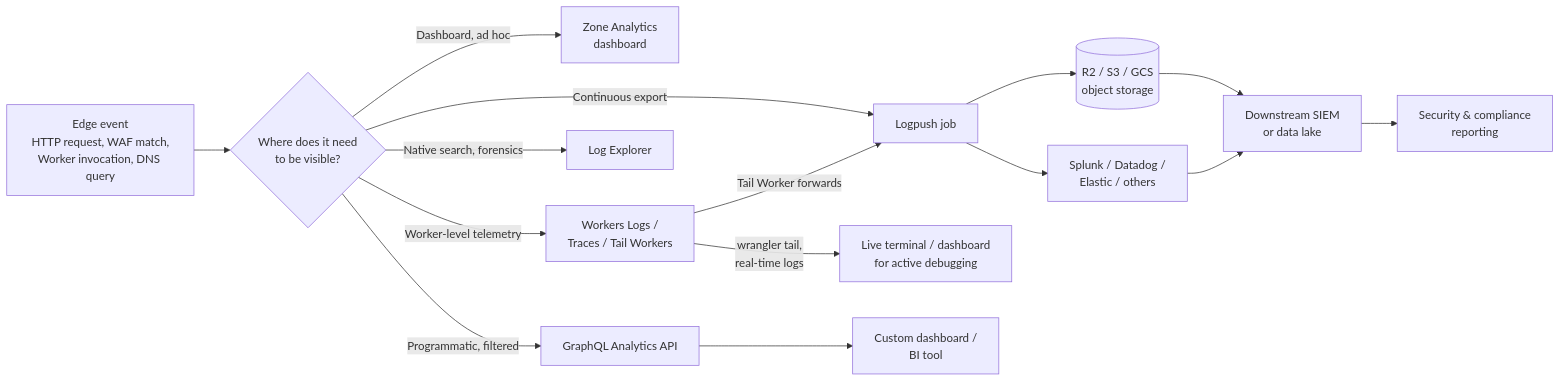
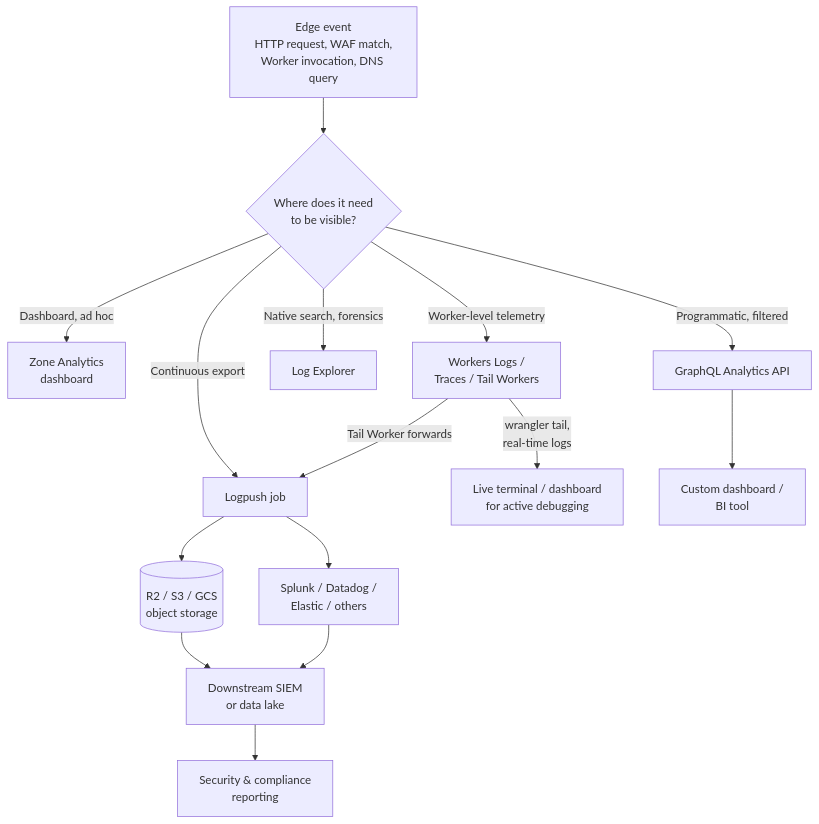
One commit to kevinevans1/cloudflare-adoption-framework changed the diagram in docs/manage/observability.md. Above: the diagram before and after it, drawn with Mermaid.

Commit message:
Switch widest diagrams (14/11/8-edge horizontal chains) to vertical layout to prevent clipping in GitHub's blob-view diagram widget

````diff
--- a/docs/manage/observability.md
+++ b/docs/manage/observability.md
@@ -29,20 +29,20 @@
 ```mermaid
-flowchart LR
+flowchart TD
     A[Edge event\nHTTP request, WAF match,\nWorker invocation, DNS query] --> B{Where does it need\nto be visible?}
     B -->|Dashboard, ad hoc| C[Zone Analytics\ndashboard]
     B -->|Programmatic, filtered| D[GraphQL Analytics API]
     B -->|Native search, forensics| E[Log Explorer]
     B -->|Continuous export| F[Logpush job]
     B -->|Worker-level telemetry| G[Workers Logs /\nTraces / Tail Workers]
 
     F --> H[(R2 / S3 / GCS\nobject storage)]
     F --> I[Splunk / Datadog /\nElastic / others]
     G -->|wrangler tail,\nreal-time logs| J[Live terminal / dashboard\nfor active debugging]
     G -->|Tail Worker forwards| F
 
     H --> K[Downstream SIEM\nor data lake]
     I --> K
     D --> L[Custom dashboard /\nBI tool]
 
     K --> M[Security & compliance\nreporting]
 ```
````
